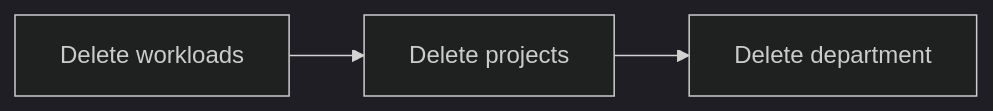
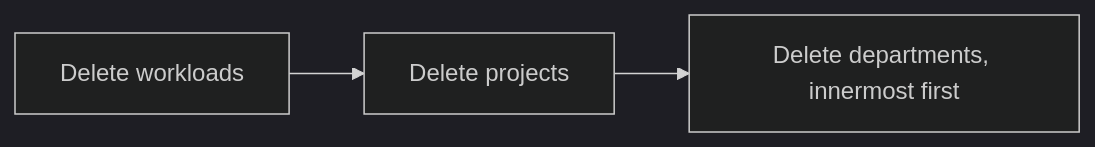
One commit to kai-scheduler/kai-resource-management changed the second of 2 diagrams in docs/concepts/projects-and-departments.md. Above: the diagram before and after it, drawn with Mermaid (dark theme). The commit also changed other lines of this file and 7 other files, not shown here.

First line of the commit message:
feat(project-controller): block deleting a department that has child departments (#177)

````diff
--- a/docs/concepts/projects-and-departments.md
+++ b/docs/concepts/projects-and-departments.md
@@ -138,5 +138,5 @@
 ```mermaid
 flowchart LR
     pod["Delete workloads"] --> proj["Delete projects"]
-    proj --> dept["Delete department"]
+    proj --> dept["Delete departments, innermost first"]
 ```
````
